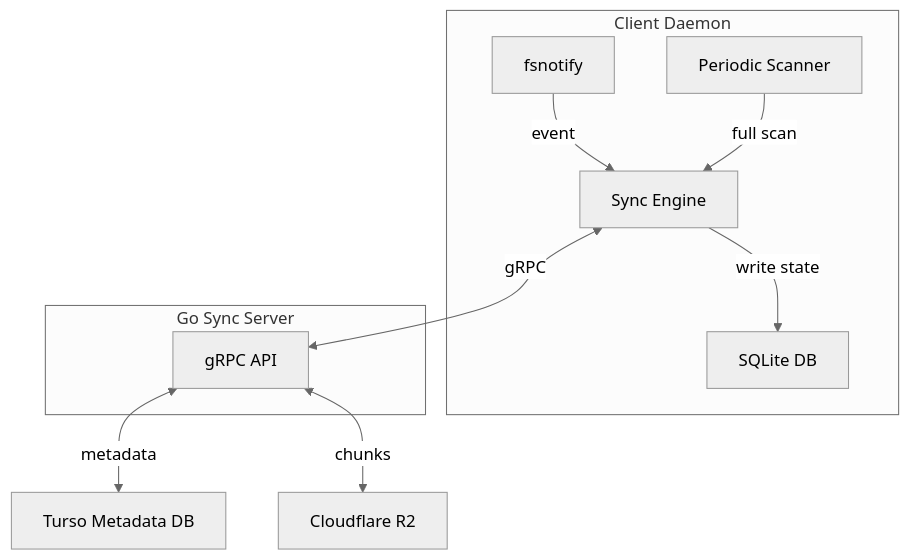
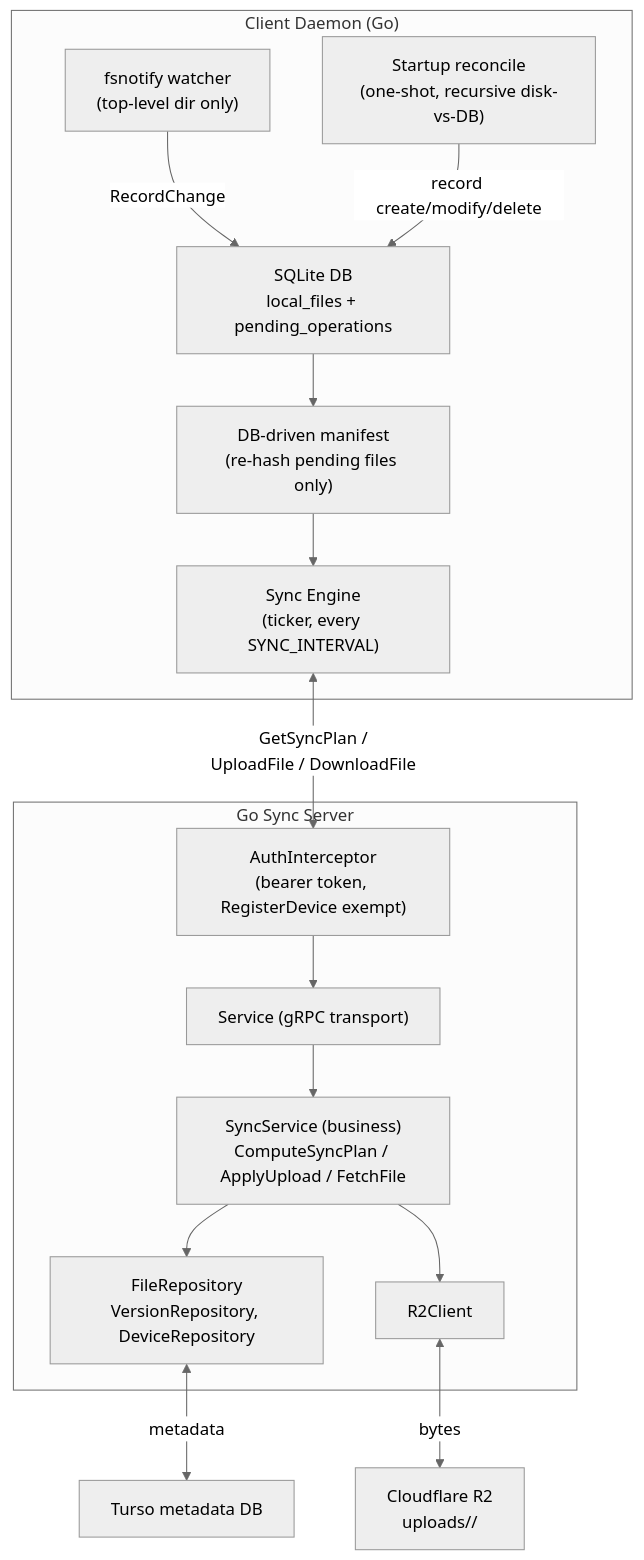
Before and after one commit to ShivangNagta/data_sync: the diagram in docs/architecture/overview.mmd, drawn with Mermaid (neutral theme). The commit also changed 11 other files, not shown here.

```diff
--- a/docs/architecture/overview.mmd
+++ b/docs/architecture/overview.mmd
@@ -1,21 +1,33 @@
 flowchart TB
-    subgraph Client["Client Daemon"]
-        Watcher["fsnotify"]
-        Scanner["Periodic Scanner"]
-        SyncEngine["Sync Engine"]
-        LocalDB["SQLite DB"]
+    subgraph Client["Client Daemon (Go)"]
+        Watcher["fsnotify watcher<br/>(top-level dir only)"]
+        Reconcile["Startup reconcile<br/>(one-shot, recursive disk-vs-DB)"]
+        LocalDB["SQLite DB<br/>local_files + pending_operations"]
+        Manifest["DB-driven manifest<br/>(re-hash pending files only)"]
+        SyncEngine["Sync Engine<br/>(ticker, every SYNC_INTERVAL)"]
+
+        Watcher -->|"RecordChange"| LocalDB
+        Reconcile -->|"record create/modify/delete"| LocalDB
+        LocalDB --> Manifest
+        Manifest --> SyncEngine
     end
 
     subgraph Server["Go Sync Server"]
-        API["gRPC API"]
+        Auth["AuthInterceptor<br/>(bearer token, RegisterDevice exempt)"]
+        Transport["Service (gRPC transport)"]
+        App["SyncService (business)<br/>ComputeSyncPlan / ApplyUpload / FetchFile"]
+        Repos["FileRepository<br/>VersionRepository, DeviceRepository"]
+        R2Client["R2Client"]
+
+        Auth --> Transport
+        Transport --> App
+        App --> Repos
+        App --> R2Client
     end
 
-    Turso["Turso Metadata DB"]
-    R2["Cloudflare R2"]
+    Turso["Turso metadata DB"]
+    R2["Cloudflare R2<br/>uploads/<file_id>/<version_id>"]
 
-    Watcher -->|"event"| SyncEngine
-    Scanner -->|"full scan"| SyncEngine
-    SyncEngine -->|"write state"| LocalDB
-    SyncEngine <-->|"gRPC"| API
-    API <-->|"metadata"| Turso
-    API <-->|"chunks"| R2
+    SyncEngine <-->|"GetSyncPlan /<br/>UploadFile / DownloadFile"| Auth
+    Repos <-->|"metadata"| Turso
+    R2Client <-->|"bytes"| R2
```
